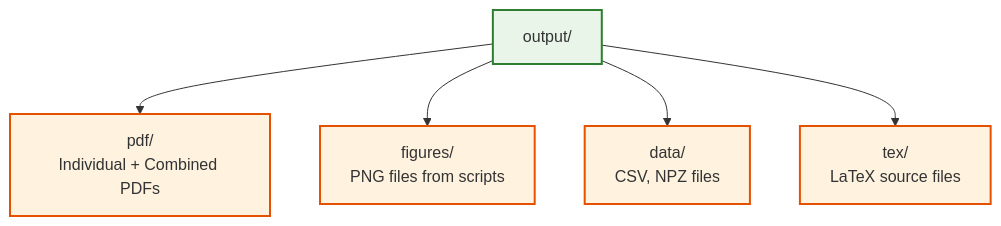
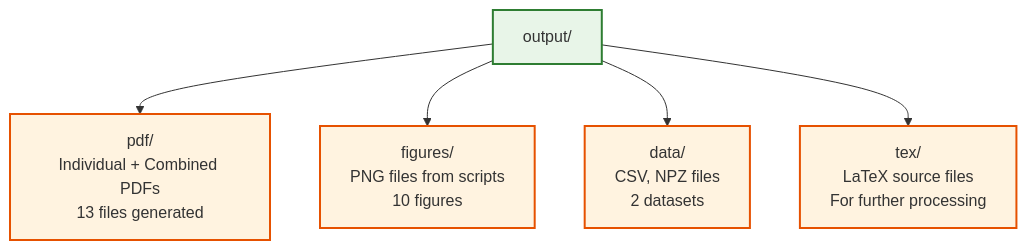
Before and after one commit to docxology/template: the fifth of 6 diagrams in README.md, drawn with Mermaid. The commit also changed other lines of this file, not shown here.

````diff
--- a/README.md
+++ b/README.md
@@ -248,13 +584,13 @@
 ```mermaid
 graph TD
-    OUTPUT[output/] --> PDFS[pdf/<br/>Individual + Combined PDFs]
-    OUTPUT --> FIGS[figures/<br/>PNG files from scripts]
-    OUTPUT --> DATA[data/<br/>CSV, NPZ files]
-    OUTPUT --> TEX[tex/<br/>LaTeX source files]
+    OUTPUT[output/] --> PDFS[pdf/<br/>Individual + Combined PDFs<br/>13 files generated]
+    OUTPUT --> FIGS[figures/<br/>PNG files from scripts<br/>10 figures]
+    OUTPUT --> DATA[data/<br/>CSV, NPZ files<br/>2 datasets]
+    OUTPUT --> TEX[tex/<br/>LaTeX source files<br/>For further processing]
     
     classDef dir fill:#e8f5e8,stroke:#2e7d32,stroke-width:2px
     classDef files fill:#fff3e0,stroke:#e65100,stroke-width:2px
     
     class OUTPUT dir
     class PDFS,FIGS,DATA,TEX files
 ```
````
